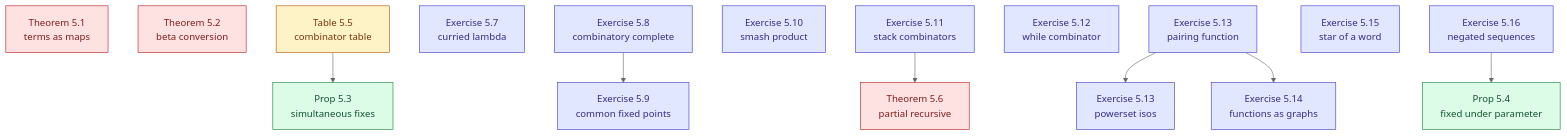
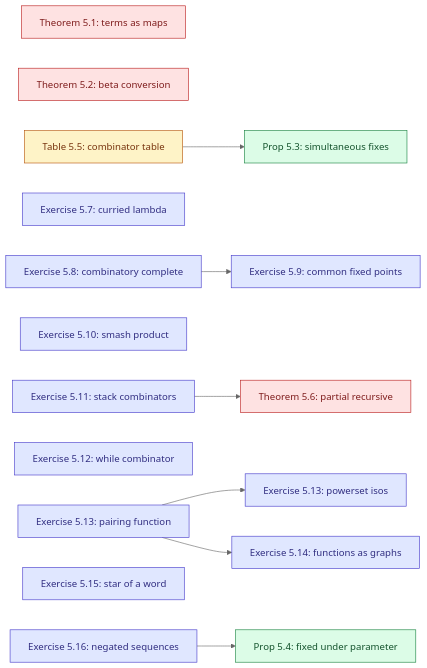
One commit to catskillsresearch/DomainTheory changed the diagram in DomainTheory/NeighbourhoodSystems/TypedLambdaCalculus/1980_Typed_lambda-calculus.mermaid. Above: the diagram before and after it, drawn with Mermaid (neutral theme). The commit also changed 1 other file, not shown here.

```diff
--- a/DomainTheory/NeighbourhoodSystems/TypedLambdaCalculus/1980_Typed_lambda-calculus.mermaid
+++ b/DomainTheory/NeighbourhoodSystems/TypedLambdaCalculus/1980_Typed_lambda-calculus.mermaid
@@ -1,52 +1,53 @@
 %% Each box is one item. The arrowhead is on the item that imports.
 %% An arrow already implied by a longer path is omitted.
 %% The introduction has no Lean file, so it is not shown.
 %%{init: {"flowchart": {"wrappingWidth": 2000}}}%%
-flowchart TB
+flowchart LR
 
-  Theorem_5_1["Theorem 5.1<br>terms as maps"]
-  Theorem_5_2["Theorem 5.2<br>beta conversion"]
-  Proposition_5_3["Prop 5.3<br>simultaneous fixes"]
-  Proposition_5_4["Prop 5.4<br>fixed under parameter"]
-  Table_5_5["Table 5.5<br>combinator table"]
-  Theorem_5_6["Theorem 5.6<br>partial recursive"]
-  Exercise_5_7["Exercise 5.7<br>curried lambda"]
-  Exercise_5_8["Exercise 5.8<br>combinatory complete"]
-  Exercise_5_9["Exercise 5.9<br>common fixed points"]
-  Exercise_5_10["Exercise 5.10<br>smash product"]
-  Exercise_5_11["Exercise 5.11<br>stack combinators"]
-  Exercise_5_12["Exercise 5.12<br>while combinator"]
-  Exercise_5_13["Exercise 5.13<br>pairing function"]
-  Exercise_5_13b["Exercise 5.13<br>powerset isos"]
-  Exercise_5_14["Exercise 5.14<br>functions as graphs"]
-  Exercise_5_15["Exercise 5.15<br>star of a word"]
-  Exercise_5_16["Exercise 5.16<br>negated sequences"]
+  Theorem_5_1["Theorem 5.1: terms as maps"]
+  Theorem_5_2["Theorem 5.2: beta conversion"]
+  Proposition_5_3["Prop 5.3: simultaneous fixes"]
+  Proposition_5_4["Prop 5.4: fixed under parameter"]
+  Table_5_5["Table 5.5: combinator table"]
+  Theorem_5_6["Theorem 5.6: partial recursive"]
+  Exercise_5_7["Exercise 5.7: curried lambda"]
+  Exercise_5_8["Exercise 5.8: combinatory complete"]
+  Exercise_5_9["Exercise 5.9: common fixed points"]
+  Exercise_5_10["Exercise 5.10: smash product"]
+  Exercise_5_11["Exercise 5.11: stack combinators"]
+  Exercise_5_12["Exercise 5.12: while combinator"]
+  Exercise_5_13["Exercise 5.13: pairing function"]
+  Exercise_5_13b["Exercise 5.13: powerset isos"]
+  Exercise_5_14["Exercise 5.14: functions as graphs"]
+  Exercise_5_15["Exercise 5.15: star of a word"]
+  Exercise_5_16["Exercise 5.16: negated sequences"]
 
+  Table_5_5 --> Proposition_5_3
+  Exercise_5_16 --> Proposition_5_4
   Exercise_5_11 --> Theorem_5_6
+  Exercise_5_8 --> Exercise_5_9
   Exercise_5_13 --> Exercise_5_13b
   Exercise_5_13 --> Exercise_5_14
-  Exercise_5_16 --> Proposition_5_4
-  Exercise_5_8 --> Exercise_5_9
-  Table_5_5 --> Proposition_5_3
+
   classDef cprop fill:#dcfce7,stroke:#15803d,color:#14532d
   classDef cexs fill:#fef3c7,stroke:#b45309,color:#78350f
   classDef cex fill:#e0e7ff,stroke:#4338ca,color:#312e81
   classDef cthm fill:#fee2e2,stroke:#b91c1c,color:#7f1d1d
 
   class Theorem_5_1 cthm
   class Theorem_5_2 cthm
   class Proposition_5_3 cprop
   class Proposition_5_4 cprop
   class Table_5_5 cexs
   class Theorem_5_6 cthm
   class Exercise_5_7 cex
   class Exercise_5_8 cex
   class Exercise_5_9 cex
   class Exercise_5_10 cex
   class Exercise_5_11 cex
   class Exercise_5_12 cex
   class Exercise_5_13 cex
   class Exercise_5_13b cex
   class Exercise_5_14 cex
   class Exercise_5_15 cex
   class Exercise_5_16 cex
```
